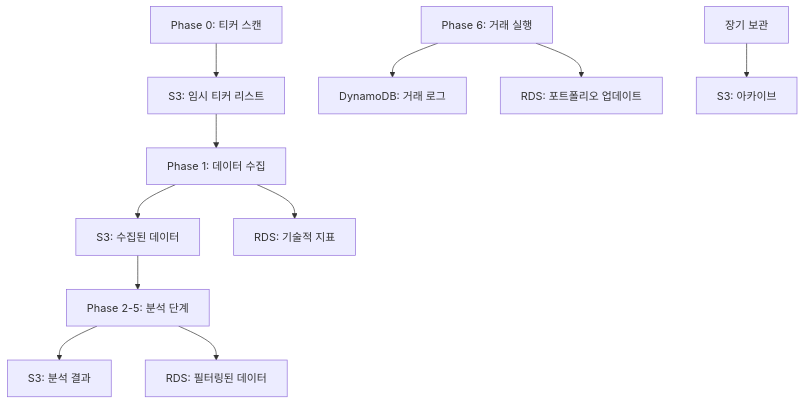
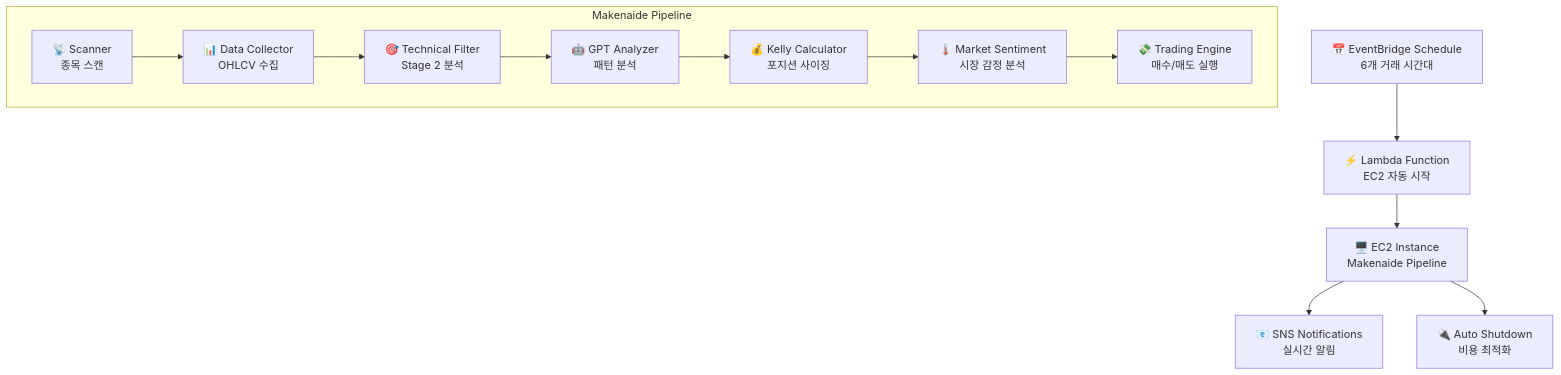
One commit to jsj9346/makenaide changed the diagram in README.MD. Above: the diagram before and after it, drawn with Mermaid. The commit also changed other lines of this file and 862 other files, not shown here.

````diff
--- a/README.MD
+++ b/README.MD
@@ -152,16 +25,16 @@
 ```mermaid
 graph TD
-    A[Phase 0: 티커 스캔] --> B[S3: 임시 티커 리스트]
-    B --> C[Phase 1: 데이터 수집]
-    C --> D[S3: 수집된 데이터]
-    C --> E[RDS: 기술적 지표]
-    
-    D --> F[Phase 2-5: 분석 단계]
-    F --> G[S3: 분석 결과]
-    F --> H[RDS: 필터링된 데이터]
-    
-    I[Phase 6: 거래 실행] --> J[DynamoDB: 거래 로그]
-    I --> K[RDS: 포트폴리오 업데이트]
-    
-    L[장기 보관] --> M[S3: 아카이브]
+    A[📅 EventBridge Schedule<br/>6개 거래 시간대] --> B[⚡ Lambda Function<br/>EC2 자동 시작]
+    B --> C[🖥️ EC2 Instance<br/>Makenaide Pipeline]
+    C --> D[📧 SNS Notifications<br/>실시간 알림]
+    C --> E[🔌 Auto Shutdown<br/>비용 최적화]
+
+    subgraph "Makenaide Pipeline"
+        F[📡 Scanner<br/>종목 스캔] --> G[📊 Data Collector<br/>OHLCV 수집]
+        G --> H[🎯 Technical Filter<br/>Stage 2 분석]
+        H --> I[🤖 GPT Analyzer<br/>패턴 분석]
+        I --> J[💰 Kelly Calculator<br/>포지션 사이징]
+        J --> K[🌡️ Market Sentiment<br/>시장 감정 분석]
+        K --> L[💸 Trading Engine<br/>매수/매도 실행]
+    end
 ```
````
